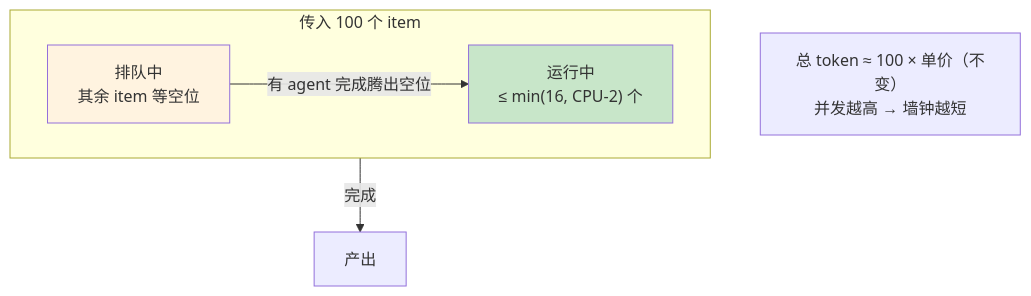
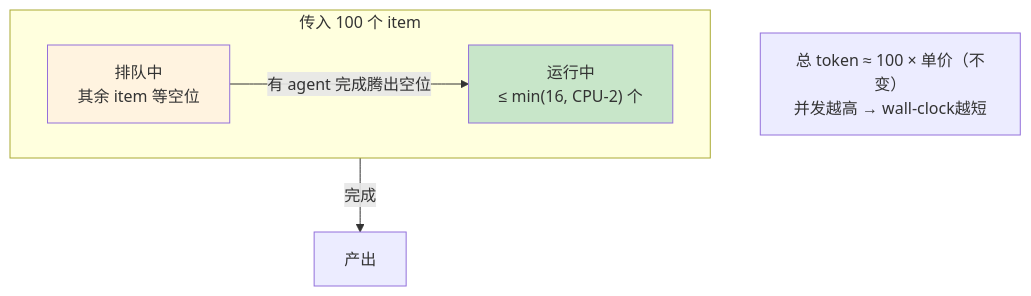
One commit to AGI-is-going-to-arrive/workflow-cookbook changed the third of 3 diagrams in docs/zh/p4-21-budget-scaling.md. Above: the diagram before and after it, drawn with Mermaid. The commit also changed other lines of this file and 78 other files, not shown here.

````diff
--- a/docs/zh/p4-21-budget-scaling.md
+++ b/docs/zh/p4-21-budget-scaling.md
@@ -229,13 +229,13 @@
 ```mermaid
 flowchart TD
     subgraph Queue["传入 100 个 item"]
         direction LR
         Running["运行中<br/>≤ min(16, CPU-2) 个"]
         Waiting["排队中<br/>其余 item 等空位"]
     end
     Waiting -->|"有 agent 完成腾出空位"| Running
     Running -->|"完成"| Done["产出"]
-    Note["总 token ≈ 100 × 单价（不变）<br/>并发越高 → 墙钟越短"]
+    Note["总 token ≈ 100 × 单价（不变）<br/>并发越高 → wall-clock越短"]
     style Running fill:#c8e6c9
     style Waiting fill:#fff3e0
 ```
````
